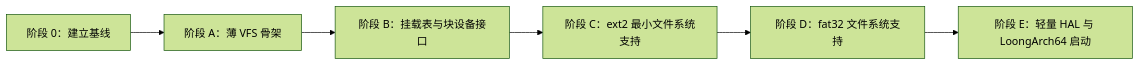
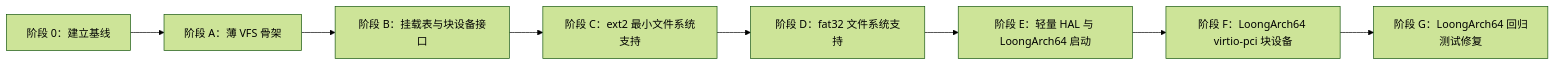
The diagram in docs/commit_history.md (twilight-8/Nscscc-xv6-net-dynlink), drawn with Mermaid (forest theme) before and after one commit. The commit also changed other lines of this file and 8 other files, not shown here.

````diff
--- a/docs/commit_history.md
+++ b/docs/commit_history.md
@@ -205,11 +244,13 @@
 ```mermaid
 flowchart LR
     S0["阶段 0：建立基线"]
     SA["阶段 A：薄 VFS 骨架"]
     SB["阶段 B：挂载表与块设备接口"]
     SC["阶段 C：ext2 最小文件系统支持"]
     SD["阶段 D：fat32 文件系统支持"]
     SE["阶段 E：轻量 HAL 与 LoongArch64 启动"]
+    SF["阶段 F：LoongArch64 virtio-pci 块设备"]
+    SG["阶段 G：LoongArch64 回归测试修复"]
 
-    S0 --> SA --> SB --> SC --> SD --> SE
+    S0 --> SA --> SB --> SC --> SD --> SE --> SF --> SG
 ```
````
